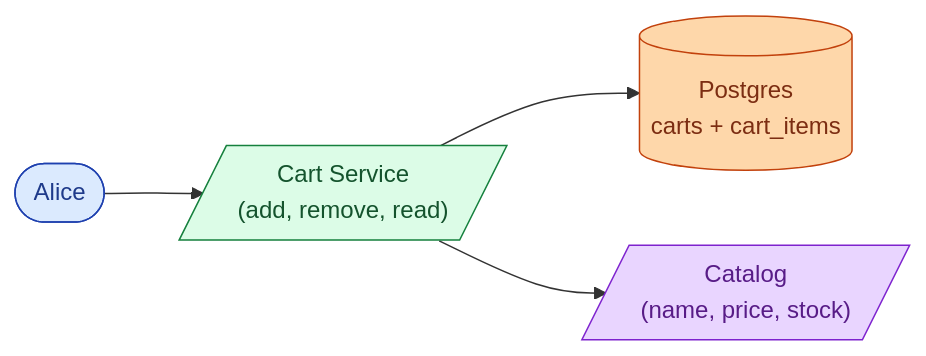
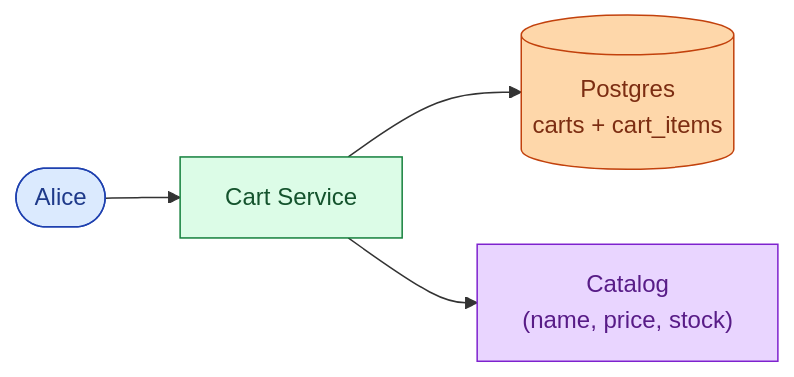
The second of 11 diagrams in problems/012-shopping-cart/question.md (shiningflash/system-design), drawn with Mermaid before and after one commit. The commit also changed other lines of this file and 37 other files, not shown here.

````diff
--- a/problems/012-shopping-cart/question.md
+++ b/problems/012-shopping-cart/question.md
@@ -132,11 +103,11 @@
 ```mermaid
 flowchart LR
-    A([Alice]):::user --> API[/"Cart Service<br/>(add, remove, read)"/]:::app
-    API --> DB[("Postgres<br/>carts + cart_items")]:::db
-    API --> INV[/"Catalog<br/>(name, price, stock)"/]:::ext
+    A([Alice]):::user --> CS["Cart Service"]:::app
+    CS --> DB[("Postgres<br/>carts + cart_items")]:::db
+    CS --> Cat["Catalog<br/>(name, price, stock)"]:::ext
 
     classDef user fill:#dbeafe,stroke:#1e40af,color:#1e3a8a
     classDef app fill:#dcfce7,stroke:#15803d,color:#14532d
     classDef db fill:#fed7aa,stroke:#c2410c,color:#7c2d12
     classDef ext fill:#e9d5ff,stroke:#7e22ce,color:#581c87
 ```
````
